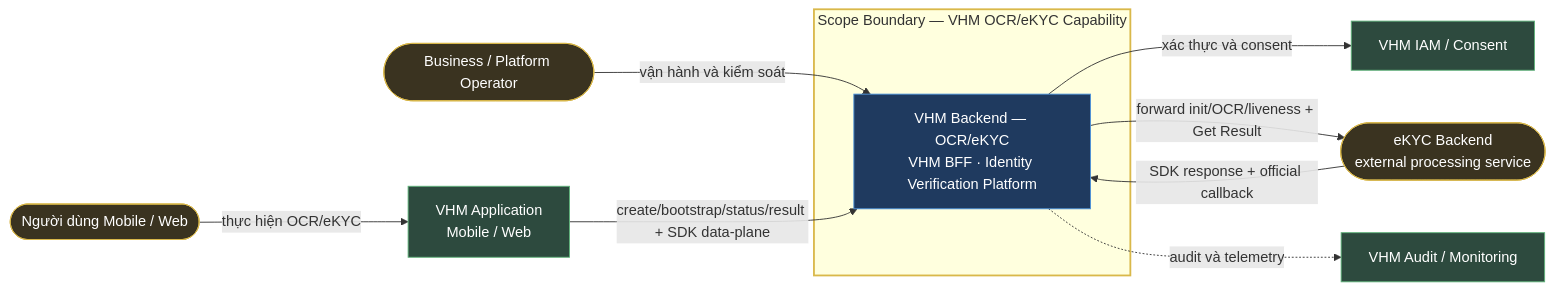
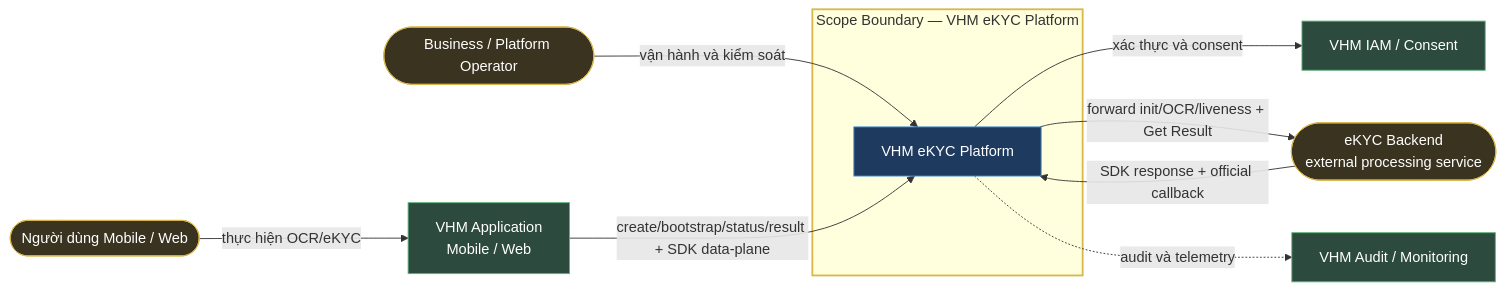
One commit to huynv-xyz/vhm changed the first of 16 diagrams in README.md. Above: the diagram before and after it, drawn with Mermaid. The commit also changed other lines of this file, not shown here.

````diff
--- a/README.md
+++ b/README.md
@@ -319,26 +322,26 @@
 ```mermaid
 flowchart LR
     USER(["Người dùng Mobile / Web"]):::entity
     OPS(["Business / Platform Operator"]):::entity
     APP["VHM Application<br/>Mobile / Web"]:::owned
     IAM["VHM IAM / Consent"]:::owned
     OBS["VHM Audit / Monitoring"]:::owned
     PROVIDER(["eKYC Backend<br/>external processing service"]):::entity
 
-    subgraph SCOPE["Scope Boundary — VHM OCR/eKYC Capability"]
-        CORE["VHM Backend — OCR/eKYC<br/>VHM BFF · Identity Verification Platform"]:::bc
+    subgraph SCOPE["Scope Boundary — VHM eKYC Platform"]
+        CORE["VHM eKYC Platform"]:::bc
     end
 
     USER -->|thực hiện OCR/eKYC| APP
     OPS -->|vận hành và kiểm soát| CORE
     APP -->|create/bootstrap/status/result + SDK data-plane| CORE
     CORE -->|xác thực và consent| IAM
     CORE -->|forward init/OCR/liveness + Get Result| PROVIDER
     PROVIDER -->|SDK response + official callback| CORE
     CORE -.->|audit và telemetry| OBS
 
     style SCOPE stroke:#d9b84a,stroke-width:2px
     classDef bc fill:#1f3a5f,stroke:#4a90d9,color:#fff;
     classDef owned fill:#2d4a3e,stroke:#5fb37a,color:#fff;
     classDef entity fill:#3a3320,stroke:#d9b84a,color:#fff;
 ```
````
